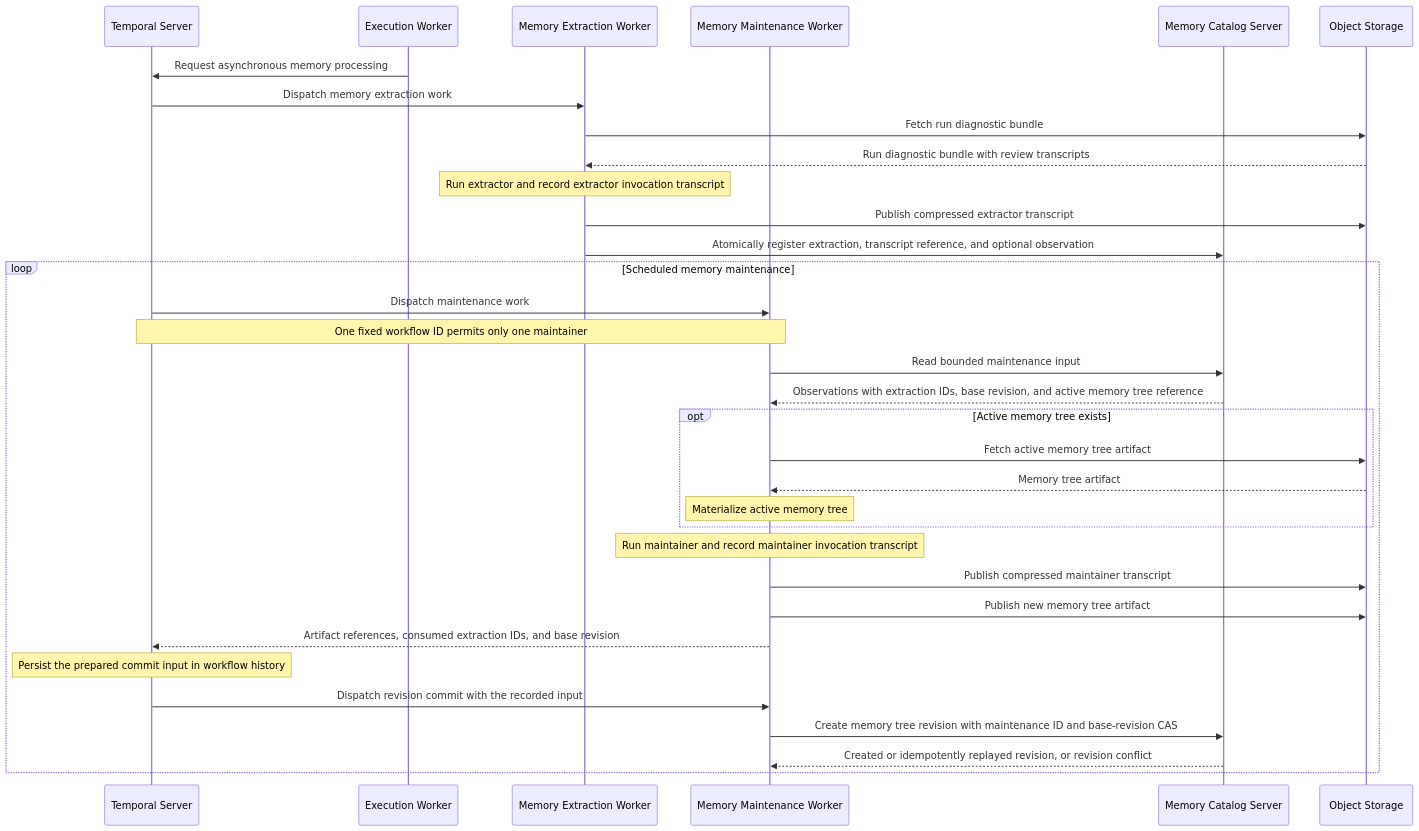
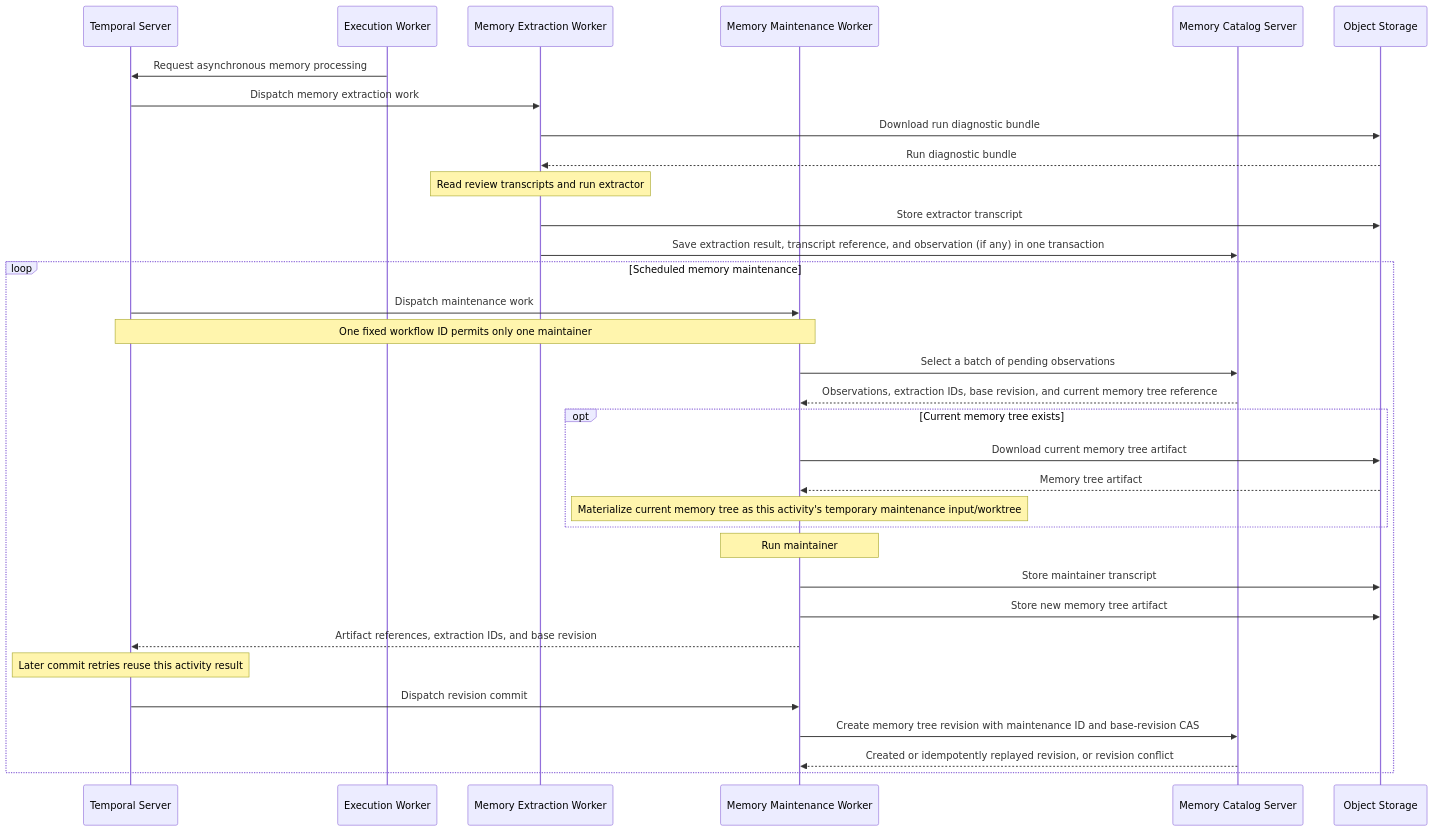
One commit to Agent-AI-Chalmers/sec-review-bot changed the second of 2 diagrams in docs/architecture/SYSTEM_ARCHITECTURE.md. Above: the diagram before and after it, drawn with Mermaid. The commit also changed other lines of this file and 10 other files, not shown here.

````diff
--- a/docs/architecture/SYSTEM_ARCHITECTURE.md
+++ b/docs/architecture/SYSTEM_ARCHITECTURE.md
@@ -62,36 +64,36 @@
 ```mermaid
 sequenceDiagram
   participant Temporal as Temporal Server
   participant ExecutionWorker as Execution Worker
   participant ExtractionWorker as Memory Extraction Worker
   participant MaintenanceWorker as Memory Maintenance Worker
   participant Catalog as Memory Catalog Server
   participant Storage as Object Storage
 
   ExecutionWorker->>Temporal: Request asynchronous memory processing
   Temporal->>ExtractionWorker: Dispatch memory extraction work
-  ExtractionWorker->>Storage: Fetch run diagnostic bundle
-  Storage-->>ExtractionWorker: Run diagnostic bundle with review transcripts
-  Note over ExtractionWorker: Run extractor and record extractor invocation transcript
-  ExtractionWorker->>Storage: Publish compressed extractor transcript
-  ExtractionWorker->>Catalog: Atomically register extraction, transcript reference, and optional observation
+  ExtractionWorker->>Storage: Download run diagnostic bundle
+  Storage-->>ExtractionWorker: Run diagnostic bundle
+  Note over ExtractionWorker: Read review transcripts and run extractor
+  ExtractionWorker->>Storage: Store extractor transcript
+  ExtractionWorker->>Catalog: Save extraction result, transcript reference, and observation (if any) in one transaction
   loop Scheduled memory maintenance
     Temporal->>MaintenanceWorker: Dispatch maintenance work
     Note over Temporal,MaintenanceWorker: One fixed workflow ID permits only one maintainer
-    MaintenanceWorker->>Catalog: Read bounded maintenance input
-    Catalog-->>MaintenanceWorker: Observations with extraction IDs, base revision, and active memory tree reference
-    opt Active memory tree exists
-      MaintenanceWorker->>Storage: Fetch active memory tree artifact
+    MaintenanceWorker->>Catalog: Select a batch of pending observations
+    Catalog-->>MaintenanceWorker: Observations, extraction IDs, base revision, and current memory tree reference
+    opt Current memory tree exists
+      MaintenanceWorker->>Storage: Download current memory tree artifact
       Storage-->>MaintenanceWorker: Memory tree artifact
-      Note over MaintenanceWorker: Materialize active memory tree
+      Note over MaintenanceWorker: Materialize current memory tree as this activity's temporary maintenance input/worktree
     end
-    Note over MaintenanceWorker: Run maintainer and record maintainer invocation transcript
-    MaintenanceWorker->>Storage: Publish compressed maintainer transcript
-    MaintenanceWorker->>Storage: Publish new memory tree artifact
-    MaintenanceWorker-->>Temporal: Artifact references, consumed extraction IDs, and base revision
-    Note over Temporal: Persist the prepared commit input in workflow history
-    Temporal->>MaintenanceWorker: Dispatch revision commit with the recorded input
+    Note over MaintenanceWorker: Run maintainer
+    MaintenanceWorker->>Storage: Store maintainer transcript
+    MaintenanceWorker->>Storage: Store new memory tree artifact
+    MaintenanceWorker-->>Temporal: Artifact references, extraction IDs, and base revision
+    Note over Temporal: Later commit retries reuse this activity result
+    Temporal->>MaintenanceWorker: Dispatch revision commit
     MaintenanceWorker->>Catalog: Create memory tree revision with maintenance ID and base-revision CAS
     Catalog-->>MaintenanceWorker: Created or idempotently replayed revision, or revision conflict
   end
 ```
````
